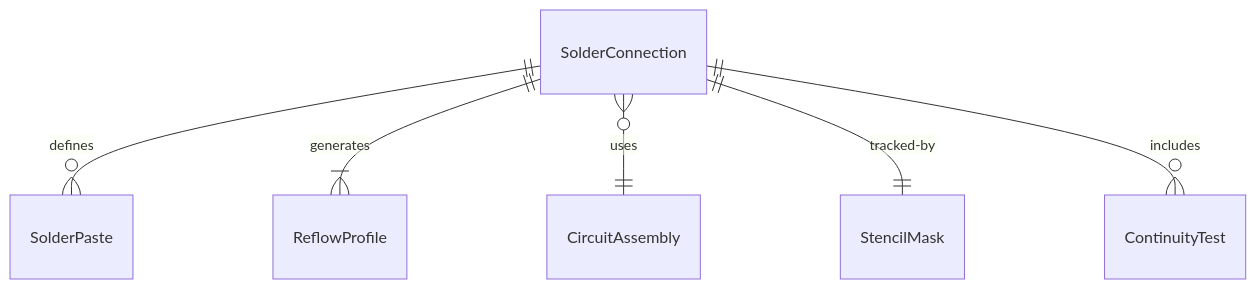
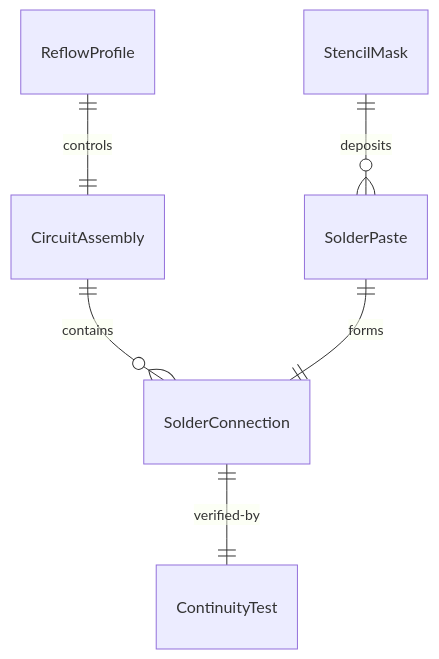
Before and after one commit to dot-org-ai/tasks.org.ai: the first of 4 diagrams in HandlingAndMovingObjects/JoinPartsUsingSolderingWeldingOrBrazingTechniques/SolderPartsConnectionsBetweenParts.mdx, drawn with Mermaid. The commit also changed other lines of this file and 515 other files, not shown here.

````diff
--- a/HandlingAndMovingObjects/JoinPartsUsingSolderingWeldingOrBrazingTechniques/SolderPartsConnectionsBetweenParts.mdx
+++ b/HandlingAndMovingObjects/JoinPartsUsingSolderingWeldingOrBrazingTechniques/SolderPartsConnectionsBetweenParts.mdx
@@ -87,8 +87,8 @@
 ```mermaid
 erDiagram
-    SolderConnection ||--o{ SolderPaste : "defines"
-    SolderConnection ||--|{ ReflowProfile : "generates"
-    SolderConnection }o--|| CircuitAssembly : "uses"
-    SolderConnection ||--|| StencilMask : "tracked-by"
-    SolderConnection ||--o{ ContinuityTest : "includes"
+    CircuitAssembly ||--o{ SolderConnection : "contains"
+    StencilMask ||--o{ SolderPaste : "deposits"
+    SolderPaste ||--|| SolderConnection : "forms"
+    ReflowProfile ||--|| CircuitAssembly : "controls"
+    SolderConnection ||--|| ContinuityTest : "verified-by"
 ```
````
